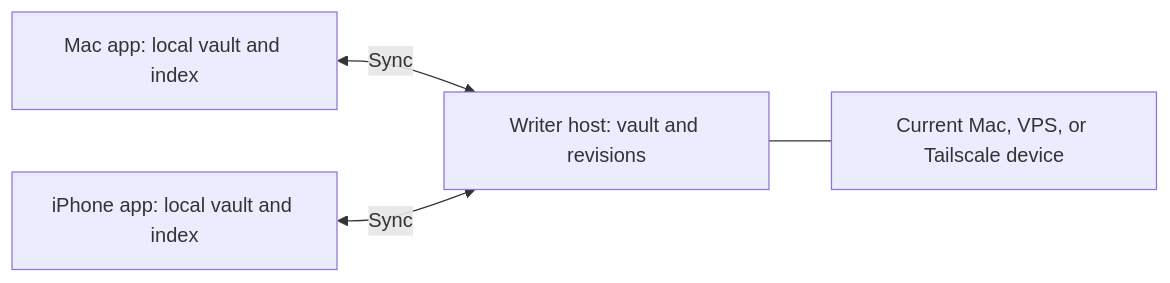
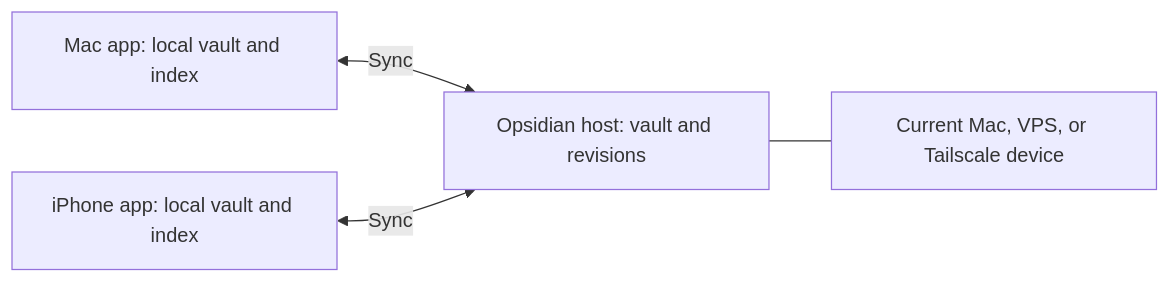
Before and after one commit to ferran9908/opsidian: the diagram in docs/architecture.md, drawn with Mermaid. The commit also changed other lines of this file and 16 other files, not shown here.

First line of the commit message:
License Opsidian permissively and retire the name Writer

````diff
--- a/docs/architecture.md
+++ b/docs/architecture.md
@@ -23,6 +23,6 @@
 ```mermaid
 flowchart LR
-  D[Mac app: local vault and index] <-->|Sync| H[Writer host: vault and revisions]
+  D[Mac app: local vault and index] <-->|Sync| H[Opsidian host: vault and revisions]
   M[iPhone app: local vault and index] <-->|Sync| H
   H --- P[Current Mac, VPS, or Tailscale device]
 ```
````
